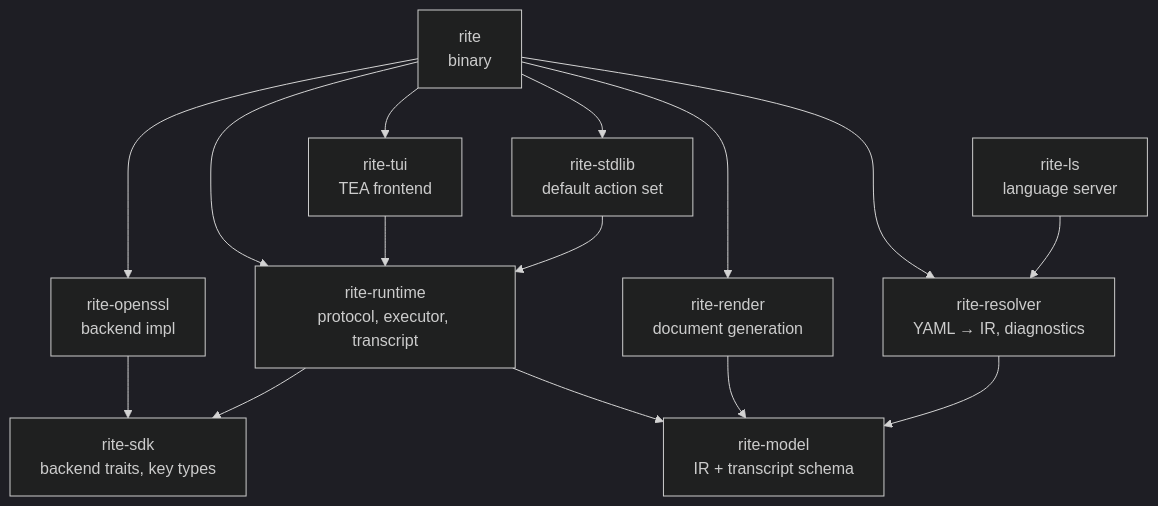
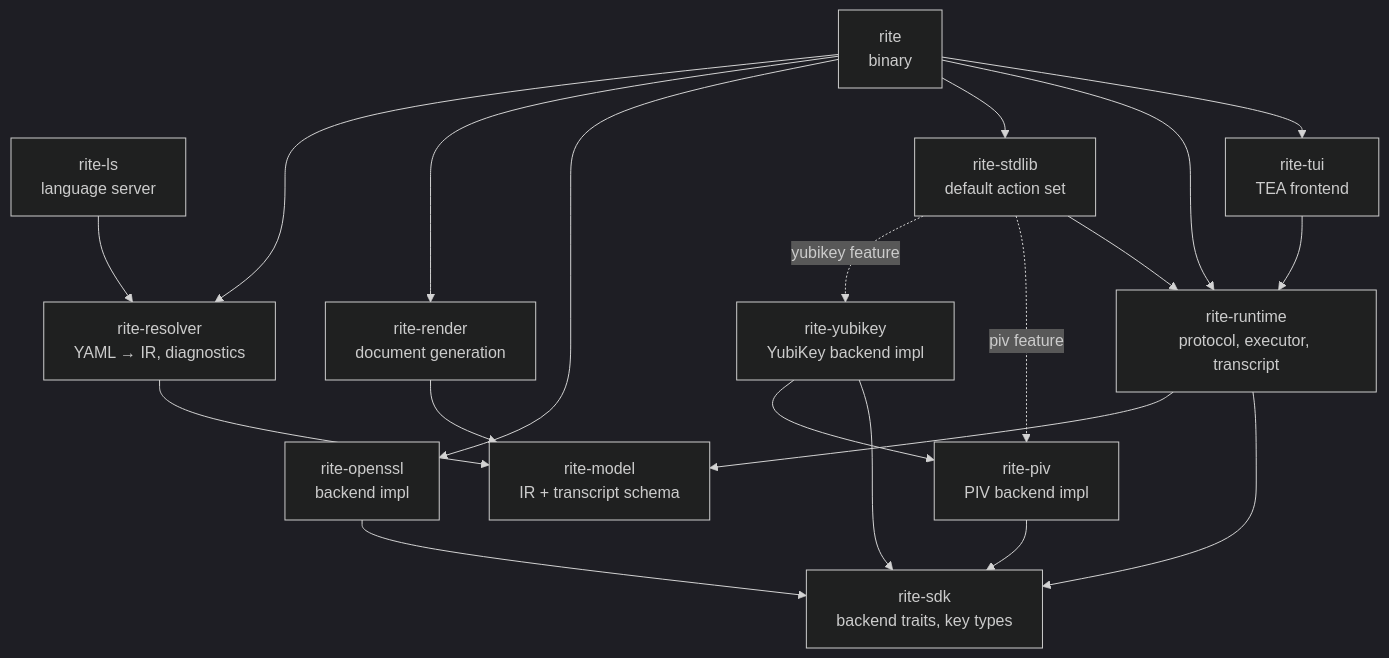
One commit to rite-ly/rite changed the diagram in docs/development/crate-layout.md. Above: the diagram before and after it, drawn with Mermaid (dark theme). The commit also changed other lines of this file and 36 other files, not shown here.

Commit message:
feat: add PIV and YubiKey hardware backends

````diff
--- a/docs/development/crate-layout.md
+++ b/docs/development/crate-layout.md
@@ -3,28 +3,35 @@
 ```mermaid
 flowchart TD
     cli[rite<br/>binary]
     ls[rite-ls<br/>language server]
     tui[rite-tui<br/>TEA frontend]
     stdlib[rite-stdlib<br/>default action set]
     openssl[rite-openssl<br/>backend impl]
+    piv[rite-piv<br/>PIV backend impl]
+    yubikey[rite-yubikey<br/>YubiKey backend impl]
     runtime[rite-runtime<br/>protocol, executor, transcript]
     resolver[rite-resolver<br/>YAML → IR, diagnostics]
     render[rite-render<br/>document generation]
     model[rite-model<br/>IR + transcript schema]
     sdk[rite-sdk<br/>backend traits, key types]
 
     cli --> tui
     cli --> runtime
     cli --> stdlib
     cli --> openssl
     cli --> render
     cli --> resolver
     tui --> runtime
     ls --> resolver
     stdlib --> runtime
+    stdlib -.piv feature.-> piv
+    stdlib -.yubikey feature.-> yubikey
     openssl --> sdk
+    piv --> sdk
+    yubikey --> sdk
+    yubikey --> piv
     runtime --> sdk
     runtime --> model
     render --> model
     resolver --> model
 ```
````
